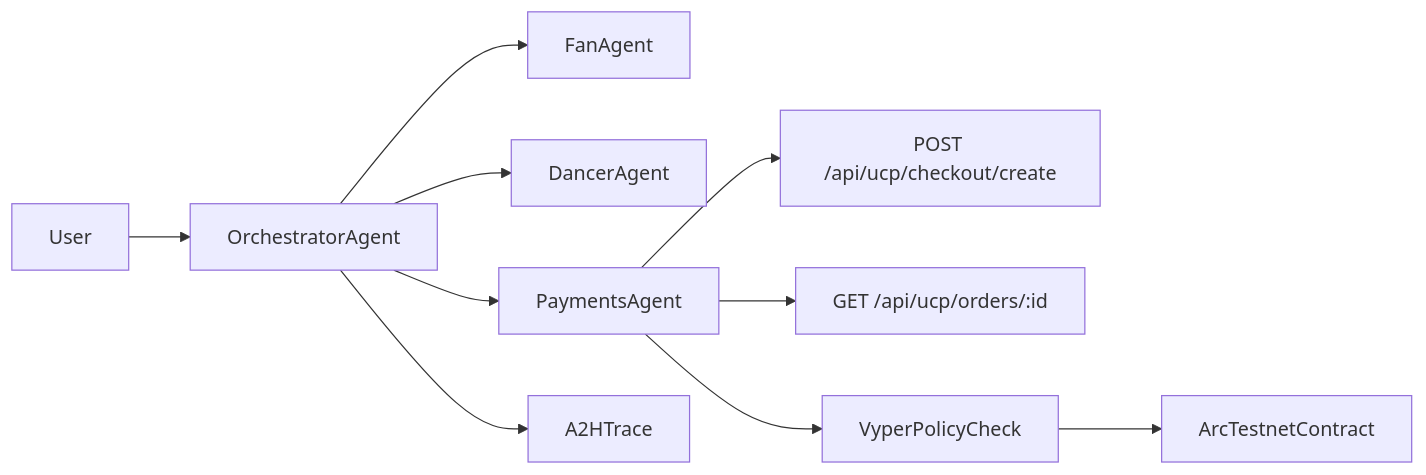
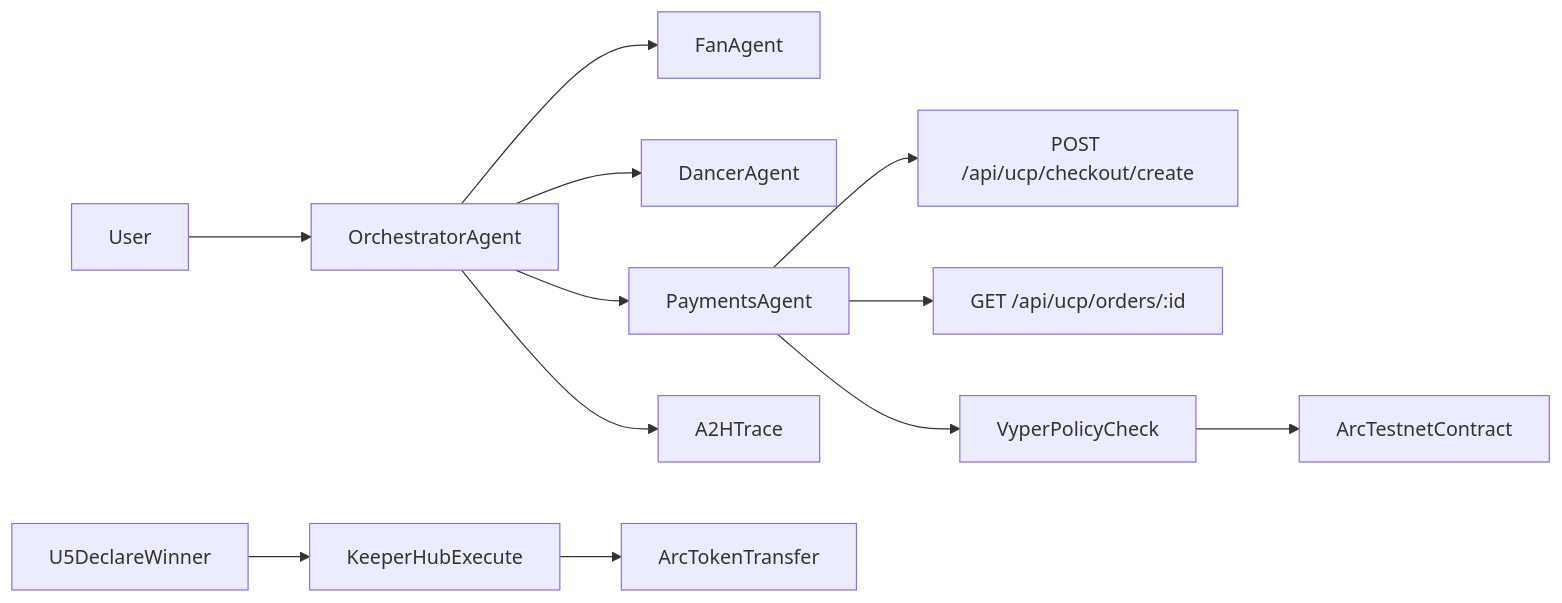
Before and after one commit to arunnadarasa/ethglobalkrump: the diagram in docs/pitch-slide-deck.md, drawn with Mermaid. The commit also changed other lines of this file and 4 other files, not shown here.

````diff
--- a/docs/pitch-slide-deck.md
+++ b/docs/pitch-slide-deck.md
@@ -50,12 +51,14 @@
 ```mermaid
 flowchart LR
   User[User] --> Orchestrator[OrchestratorAgent]
   Orchestrator --> Fan[FanAgent]
   Orchestrator --> Dancer[DancerAgent]
   Orchestrator --> Payments[PaymentsAgent]
   Payments --> UcpCheckout["POST /api/ucp/checkout/create"]
   Payments --> UcpOrder["GET /api/ucp/orders/:id"]
   Payments --> Settlement["VyperPolicyCheck"]
   Settlement --> Arc["ArcTestnetContract"]
+  U5Payout[U5DeclareWinner] --> KeeperHub["KeeperHubExecute"]
+  KeeperHub --> ArcTransfer["ArcTokenTransfer"]
   Orchestrator --> Trace[A2HTrace]
 ```
````
